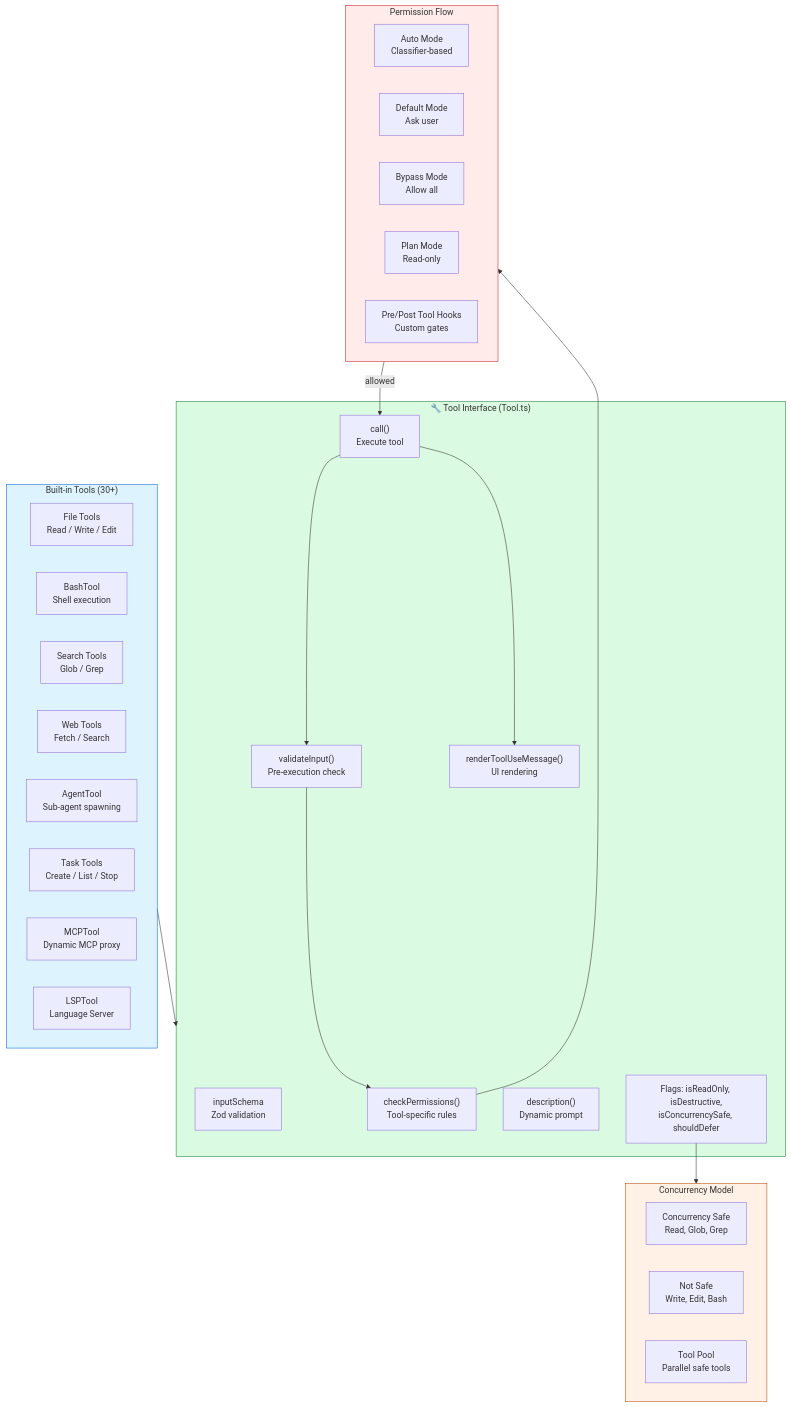
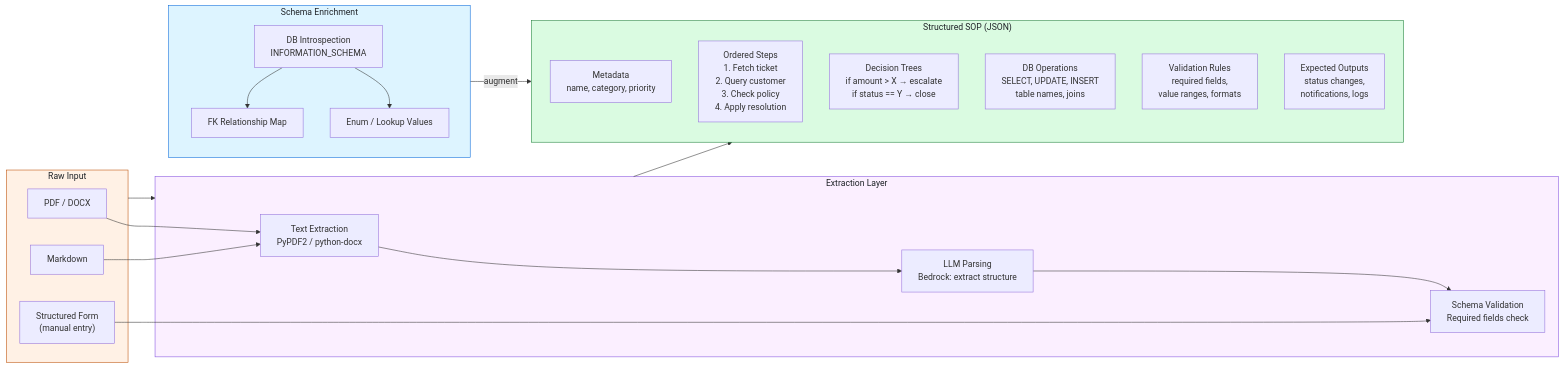
One commit to KiZamaDo/KiZamaDo.github.io changed the third of 12 diagrams in README.md. Above: the diagram before and after it, drawn with Mermaid. The commit also changed other lines of this file, not shown here.

```diff
--- a/README.md
+++ b/README.md
@@ -346,52 +284,47 @@
   <div class="mermaid">
-graph TB
-    subgraph ToolInterface["🔧 Tool Interface (Tool.ts)"]
-        SCHEMA["inputSchema<br/>Zod validation"]
-        CALL["call()<br/>Execute tool"]
-        PERMS["checkPermissions()<br/>Tool-specific rules"]
-        VALIDATE["validateInput()<br/>Pre-execution check"]
-        DESC["description()<br/>Dynamic prompt"]
-        RENDER["renderToolUseMessage()<br/>UI rendering"]
-        FLAGS["Flags: isReadOnly, isDestructive,<br/>isConcurrencySafe, shouldDefer"]
+graph LR
+    subgraph Input["Raw Input"]
+        PDF["PDF / DOCX"]
+        MD["Markdown"]
+        FORM["Structured Form<br/>(manual entry)"]
     end
 
-    subgraph BuiltinTools["Built-in Tools (30+)"]
-        direction LR
-        FS_TOOLS["File Tools<br/>Read / Write / Edit"]
-        BASH["BashTool<br/>Shell execution"]
-        SEARCH["Search Tools<br/>Glob / Grep"]
-        WEB["Web Tools<br/>Fetch / Search"]
-        AGENT["AgentTool<br/>Sub-agent spawning"]
-        TASK_TOOLS["Task Tools<br/>Create / List / Stop"]
-        MCP_TOOL["MCPTool<br/>Dynamic MCP proxy"]
-        LSP_TOOL["LSPTool<br/>Language Server"]
+    subgraph Extract["Extraction Layer"]
+        OCR["Text Extraction<br/>PyPDF2 / python-docx"]
+        LLM_PARSE["LLM Parsing<br/>Bedrock: extract structure"]
+        VALIDATE_SOP["Schema Validation<br/>Required fields check"]
     end
 
-    subgraph PermissionFlow["Permission Flow"]
-        AUTO["Auto Mode<br/>Classifier-based"]
-        DEFAULT["Default Mode<br/>Ask user"]
-        BYPASS["Bypass Mode<br/>Allow all"]
-        PLAN["Plan Mode<br/>Read-only"]
-        HOOKS["Pre/Post Tool Hooks<br/>Custom gates"]
+    subgraph StructuredSOP["Structured SOP (JSON)"]
+        META["Metadata<br/>name, category, priority"]
+        STEPS["Ordered Steps<br/>1. Fetch ticket<br/>2. Query customer<br/>3. Check policy<br/>4. Apply resolution"]
+        DECISIONS["Decision Trees<br/>if amount > X → escalate<br/>if status == Y → close"]
+        DB_OPS["DB Operations<br/>SELECT, UPDATE, INSERT<br/>table names, joins"]
+        VALIDATIONS["Validation Rules<br/>required fields,<br/>value ranges, formats"]
+        OUTPUTS["Expected Outputs<br/>status changes,<br/>notifications, logs"]
     end
 
-    subgraph Concurrency["Concurrency Model"]
-        SAFE["Concurrency Safe<br/>Read, Glob, Grep"]
-        UNSAFE["Not Safe<br/>Write, Edit, Bash"]
-        POOL["Tool Pool<br/>Parallel safe tools"]
+    subgraph Enrichment["Schema Enrichment"]
+        DB_INTRO["DB Introspection<br/>INFORMATION_SCHEMA"]
+        FK_MAP["FK Relationship Map"]
+        ENUM_VALS["Enum / Lookup Values"]
     end
 
-    CALL --> VALIDATE
-    VALIDATE --> PERMS
-    PERMS --> PermissionFlow
-    PermissionFlow -->|"allowed"| CALL
-    CALL --> RENDER
+    Input --> Extract
+    Extract --> StructuredSOP
+    Enrichment -->|"augment"| StructuredSOP
 
-    BuiltinTools --> ToolInterface
-    FLAGS --> Concurrency
+    PDF --> OCR
+    MD --> OCR
+    FORM --> VALIDATE_SOP
+    OCR --> LLM_PARSE
+    LLM_PARSE --> VALIDATE_SOP
 
-    style ToolInterface fill:#dafbe1,stroke:#1a7f37
-    style BuiltinTools fill:#ddf4ff,stroke:#0969da
-    style PermissionFlow fill:#ffebe9,stroke:#cf222e
-    style Concurrency fill:#fff1e5,stroke:#bc4c00
+    DB_INTRO --> FK_MAP
+    DB_INTRO --> ENUM_VALS
+
+    style Input fill:#fff1e5,stroke:#bc4c00,color:#1f2328
+    style Extract fill:#fbefff,stroke:#8250df,color:#1f2328
+    style StructuredSOP fill:#dafbe1,stroke:#1a7f37,color:#1f2328
+    style Enrichment fill:#ddf4ff,stroke:#0969da,color:#1f2328
   </div>
```
